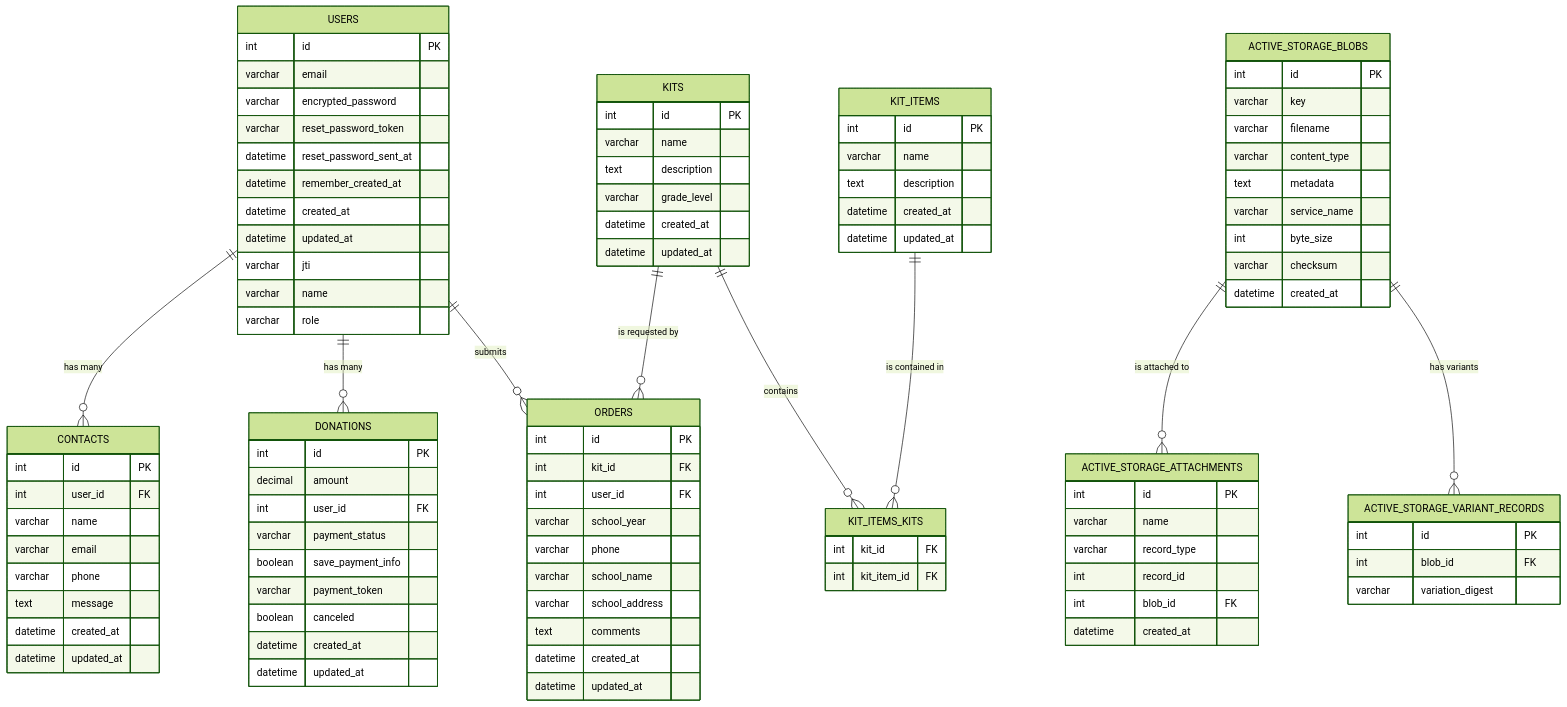
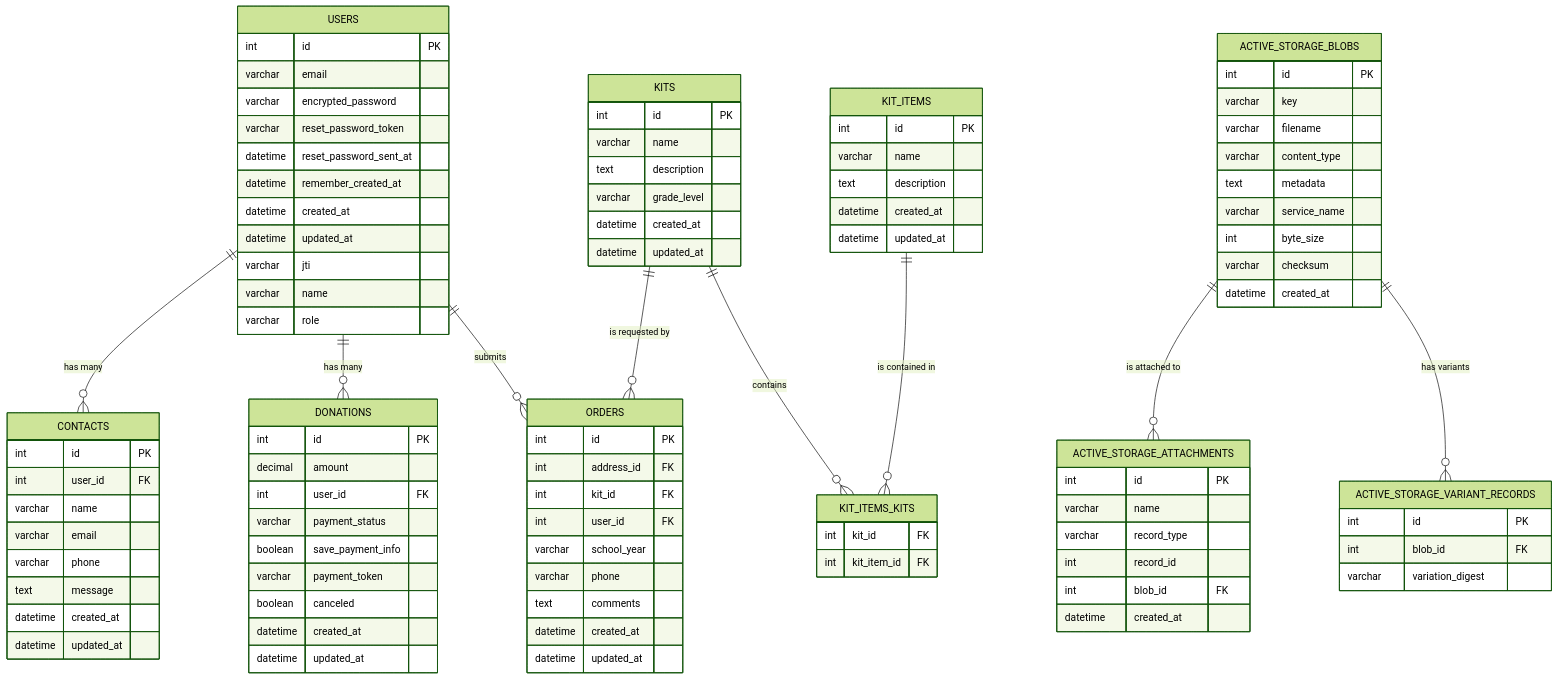
The diagram in README.md (mhope21/xp-project-aware), drawn with Mermaid (forest theme) before and after one commit. The commit also changed 5 other files, not shown here.

```diff
--- a/README.md
+++ b/README.md
@@ -165,12 +165,11 @@
 
     ORDERS {
         int id PK
+        int address_id FK
         int kit_id FK
         int user_id FK
         varchar school_year
         varchar phone
-        varchar school_name
-        varchar school_address
         text comments
         datetime created_at
         datetime updated_at
```
